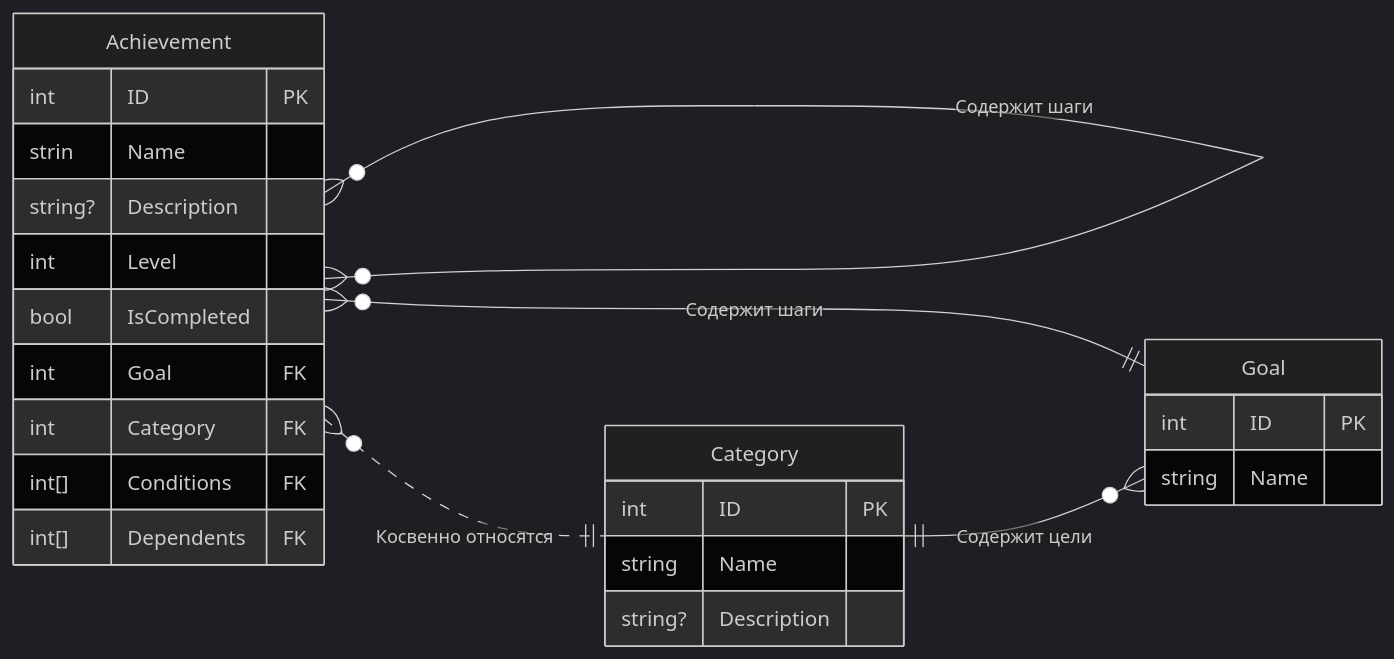
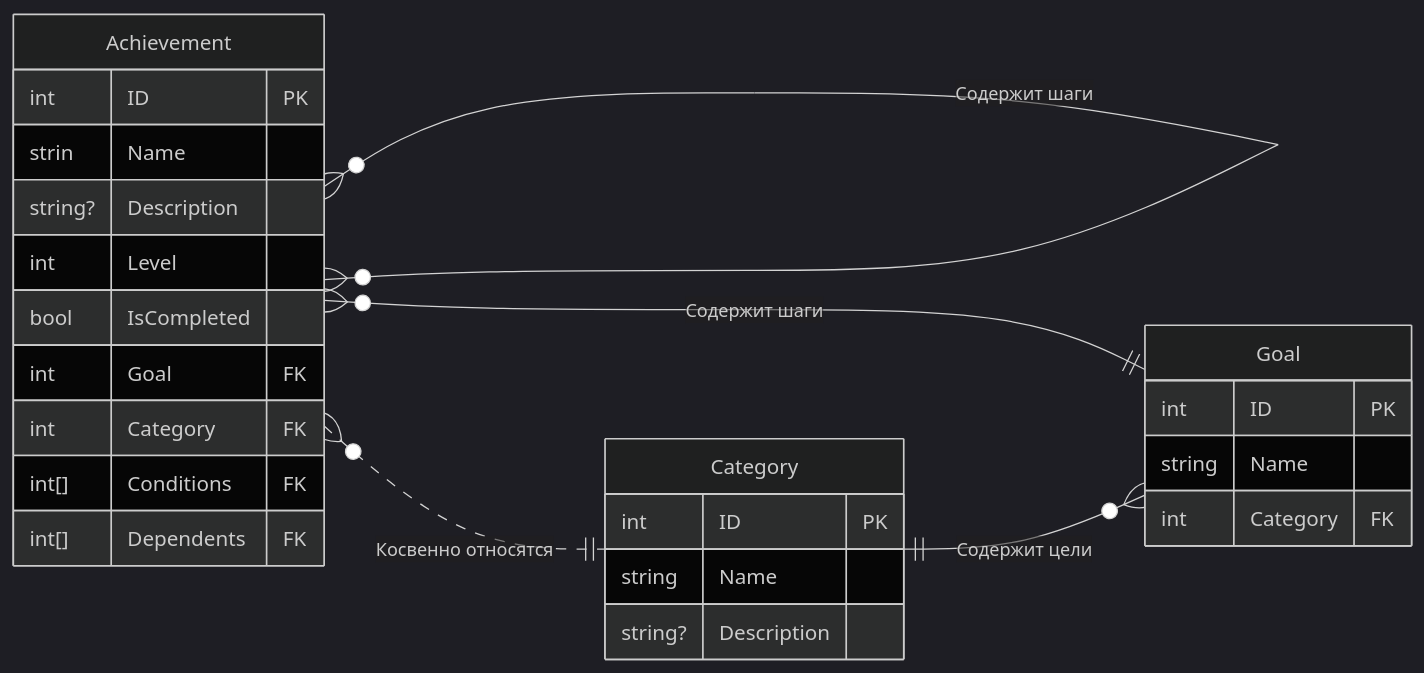
One commit to teniks/CatchLightning changed the diagram in Core/Models/DomainLogic.md. Above: the diagram before and after it, drawn with Mermaid (dark theme). The commit also changed 1 other file, not shown here.

Commit message:
docs: update the link in the README

````diff
--- a/Core/Models/DomainLogic.md
+++ b/Core/Models/DomainLogic.md
@@ -1,31 +1,32 @@
 ```mermaid
 erDiagram
 direction LR
 Achievement }o--o{ Achievement : "Содержит шаги"
 Achievement }o--|| Goal : "Содержит шаги"
 Category ||--o{ Goal : "Содержит цели"
 Achievement }o..|| Category : "Косвенно относятся"
 
 Achievement {
     int ID PK
     strin Name
     string? Description
     int Level
     bool IsCompleted
     int Goal FK
     int Category FK
     int[] Conditions FK
     int[] Dependents FK
 }
 
 Goal {
     int ID PK
     string Name
+    int Category FK
 }
 
 Category {
     int ID PK
     string Name
     string? Description
 }
 ```
````
